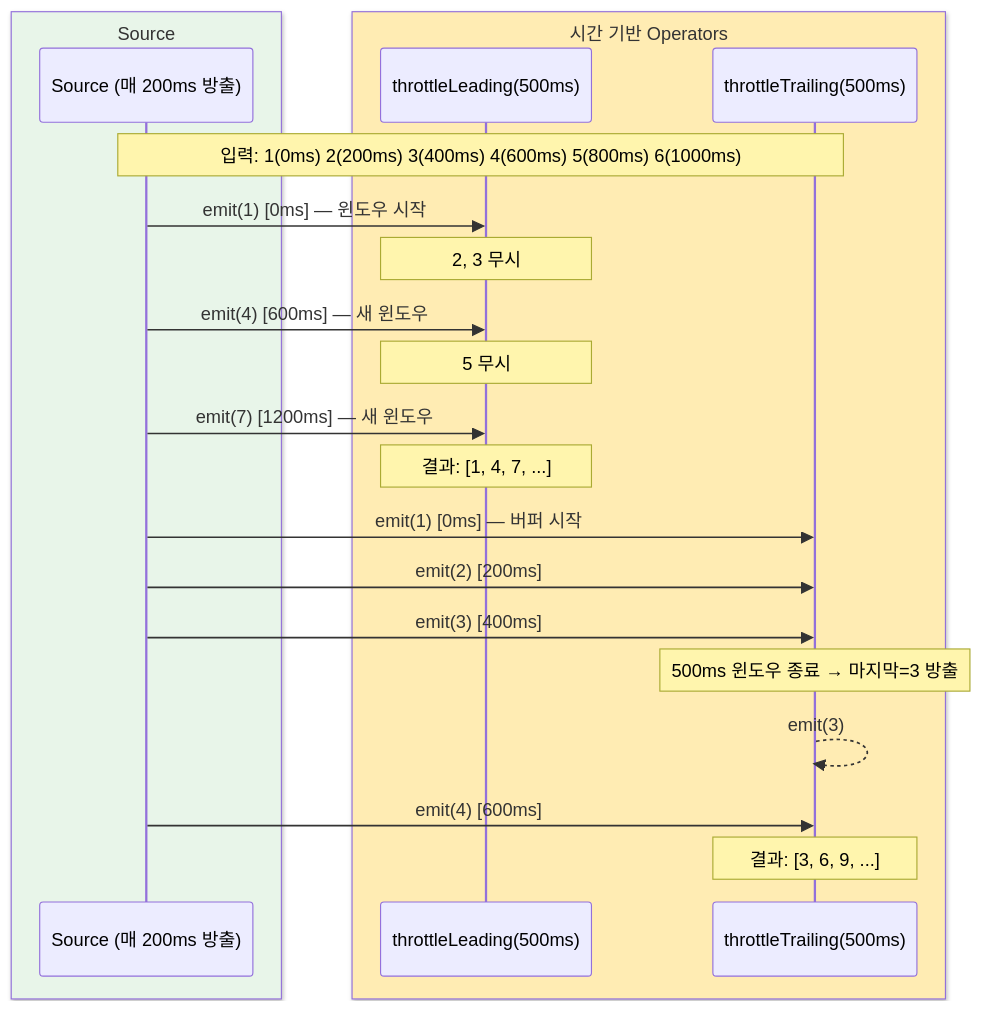
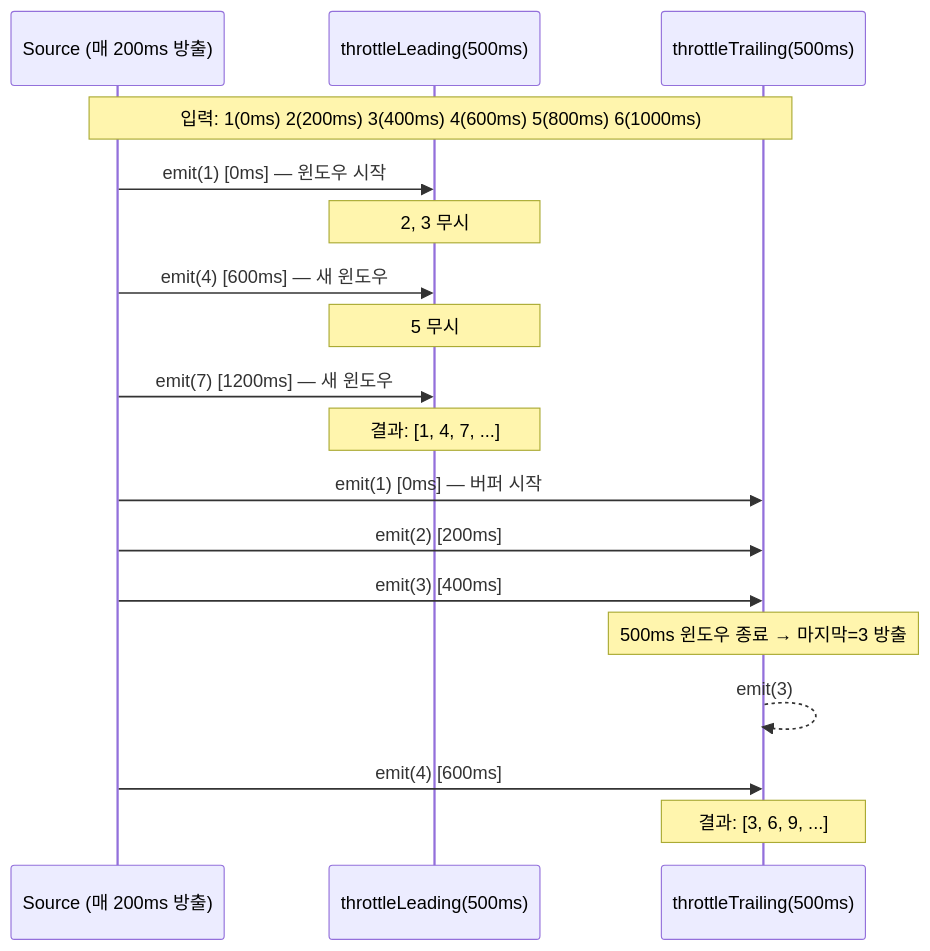
Before and after one commit to bluetape4k/bluetape4k-projects: diagram 11 of 16 in bluetape4k/coroutines/README.ko.md, drawn with Mermaid. The commit also changed other lines of this file and 219 other files, not shown here.

First line of the commit message:
docs: 전체 README Mermaid 다이어그램 가이드 적용

````diff
--- a/bluetape4k/coroutines/README.ko.md
+++ b/bluetape4k/coroutines/README.ko.md
@@ -566,24 +526,20 @@
 ```mermaid
 sequenceDiagram
-    box rgb(232, 245, 233) Source
         participant S as Source (매 200ms 방출)
-    end
-    box rgb(255, 236, 179) 시간 기반 Operators
         participant TL as throttleLeading(500ms)
         participant TT as throttleTrailing(500ms)
-    end
     Note over S, TT: 입력: 1(0ms) 2(200ms) 3(400ms) 4(600ms) 5(800ms) 6(1000ms)
     S ->> TL: emit(1) [0ms] — 윈도우 시작
     Note over TL: 2, 3 무시
     S ->> TL: emit(4) [600ms] — 새 윈도우
     Note over TL: 5 무시
     S ->> TL: emit(7) [1200ms] — 새 윈도우
     Note over TL: 결과: [1, 4, 7, ...]
     S ->> TT: emit(1) [0ms] — 버퍼 시작
     S ->> TT: emit(2) [200ms]
     S ->> TT: emit(3) [400ms]
     Note over TT: 500ms 윈도우 종료 → 마지막=3 방출
     TT -->> TT: emit(3)
     S ->> TT: emit(4) [600ms]
     Note over TT: 결과: [3, 6, 9, ...]
 ```
````
